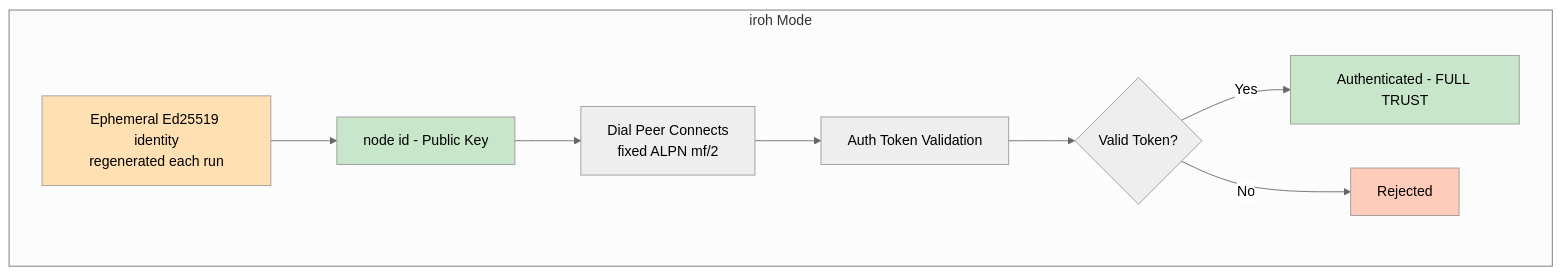
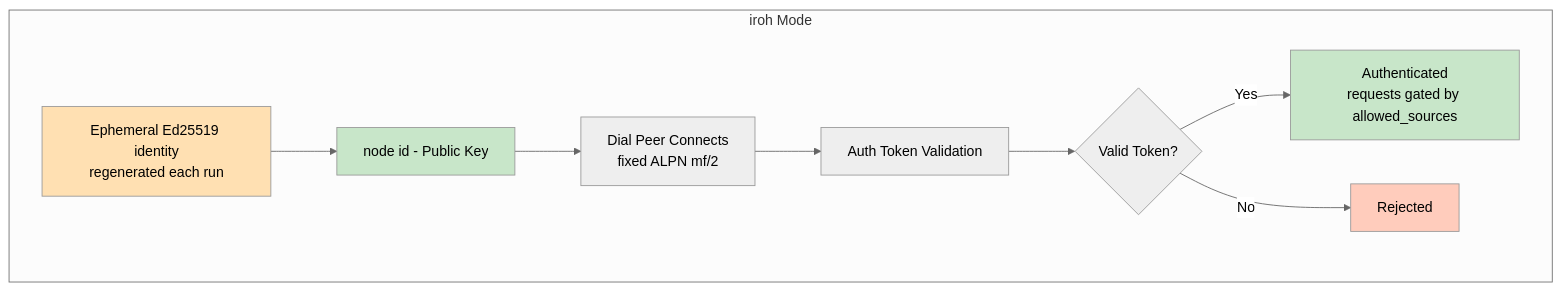
Before and after one commit to andrewtheguy/duopipe: diagram 16 of 24 in docs/ARCHITECTURE.md, drawn with Mermaid (neutral theme). The commit also changed other lines of this file and 2 other files, not shown here.

````diff
--- a/docs/ARCHITECTURE.md
+++ b/docs/ARCHITECTURE.md
@@ -580,16 +580,16 @@
 ```mermaid
 graph TB
     subgraph "iroh Mode"
         A[Ephemeral Ed25519 identity<br/>regenerated each run] --> C[node id - Public Key]
         C --> D[Dial Peer Connects<br/>fixed ALPN mf/2]
         D --> E[Auth Token Validation]
         E --> F{Valid Token?}
-        F -->|Yes| G[Authenticated - FULL TRUST]
+        F -->|Yes| G[Authenticated<br/>requests gated by allowed_sources]
         F -->|No| H[Rejected]
     end
 
     style A fill:#FFE0B2
     style C fill:#C8E6C9
     style G fill:#C8E6C9
     style H fill:#FFCCBC
 ```
````
